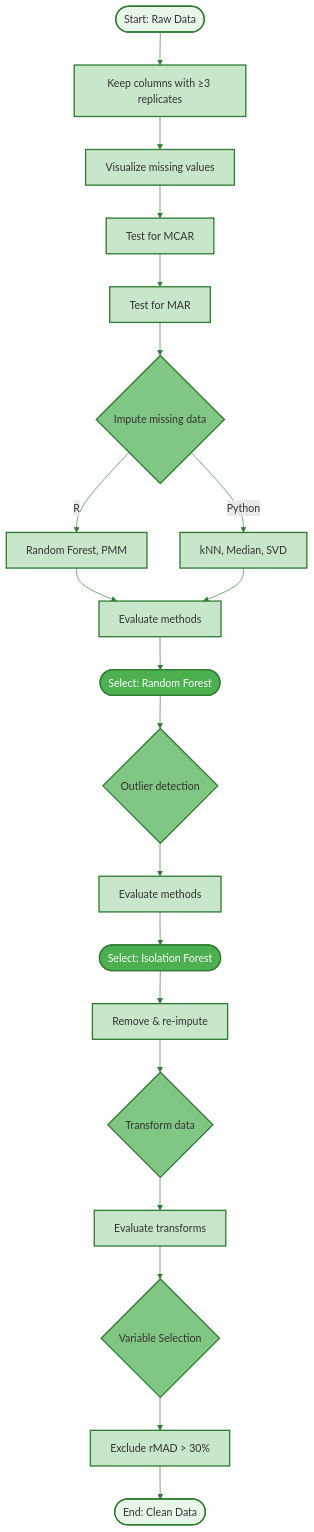
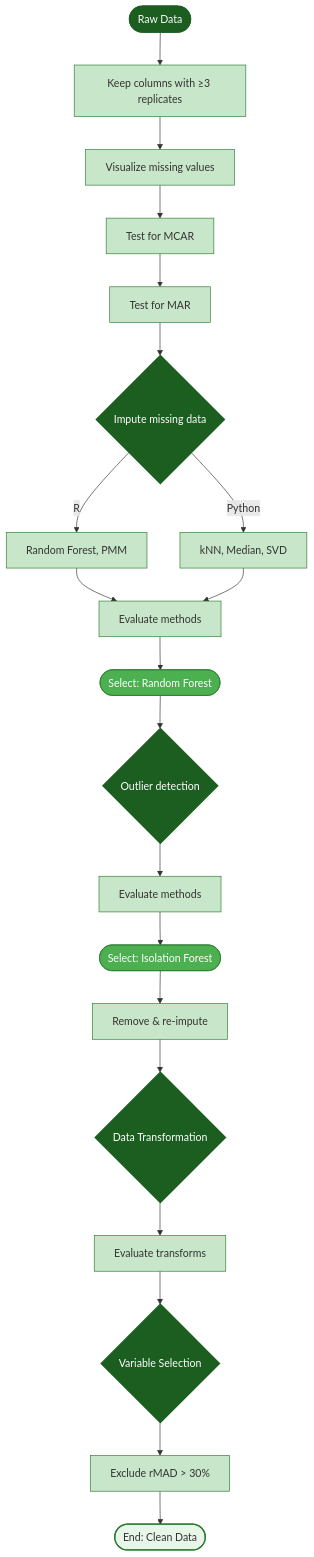
The second of 2 diagrams in README.md (shoaibms/metabo-net), drawn with Mermaid before and after one commit.

````diff
--- a/README.md
+++ b/README.md
@@ -213,36 +213,41 @@
 ```mermaid
-graph TD
-    A([Start: Raw Data]) --> B[Keep columns with ≥3 replicates]
+    graph TD
+    %% Major Steps (darker green)
+    A([Raw Data])
+    F{Impute missing data}
+    J{Outlier detection}
+    N{Data Transformation}
+    P{Variable Selection}
+
+    %% Substeps and connections
+    A --> B[Keep columns with ≥3 replicates]
     B --> C[Visualize missing values]
     C --> D[Test for MCAR]
     D --> E[Test for MAR]
-    E --> F{Impute missing data}
+    E --> F
     F --> |R|G1[Random Forest, PMM]
     F --> |Python|G2[kNN, Median, SVD]
     G1 & G2 --> H[Evaluate methods]
     H --> I([Select: Random Forest])
-    I --> J{Outlier detection}
+    I --> J
     J --> K[Evaluate methods]
     K --> L([Select: Isolation Forest])
     L --> M[Remove & re-impute]
-    M --> N{Transform data}
+    M --> N
     N --> O[Evaluate transforms]
-    O --> P{Variable Selection}
+    O --> P
     P --> Q[Exclude rMAD > 30%]
     Q --> R([End: Clean Data])
 
-    %% Styling with green shades
-    classDef start fill:#e8f5e9,stroke:#2e7d32,stroke-width:2px
-    classDef process fill:#c8e6c9,stroke:#2e7d32,stroke-width:2px
-    classDef decision fill:#81c784,stroke:#2e7d32,stroke-width:2px
-    classDef selection fill:#4caf50,stroke:#2e7d32,stroke-width:2px,color:#fff
-    
+    %% Styling
+    classDef majorStep fill:#1b5e20,stroke:#1b5e20,stroke-width:2px,color:#fff
+    classDef process fill:#c8e6c9,stroke:#2e7d32,stroke-width:1px
+    classDef selection fill:#4caf50,stroke:#2e7d32,stroke-width:1px,color:#fff
+    classDef endpoint fill:#e8f5e9,stroke:#2e7d32,stroke-width:2px
+
     %% Apply styles
-    class A,R start
+    class A,F,J,N,P majorStep
     class B,C,D,E,G1,G2,H,K,M,O,Q process
-    class F,J,N,P decision
     class I,L selection
-
-    %% Edge styling
-    linkStyle default stroke:#2e7d32,stroke-width:1px
+    class R endpoint
 ```
````
